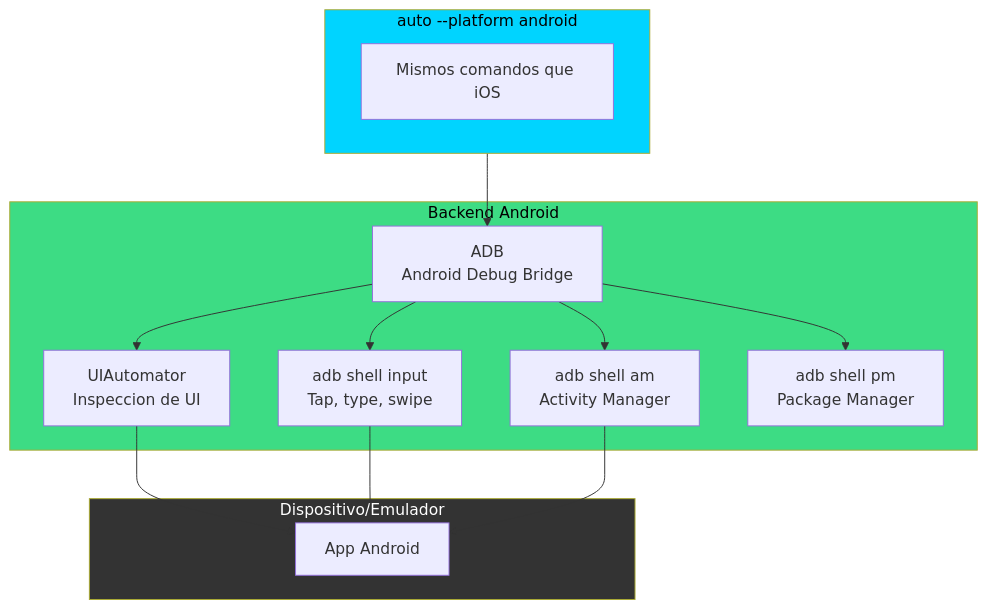
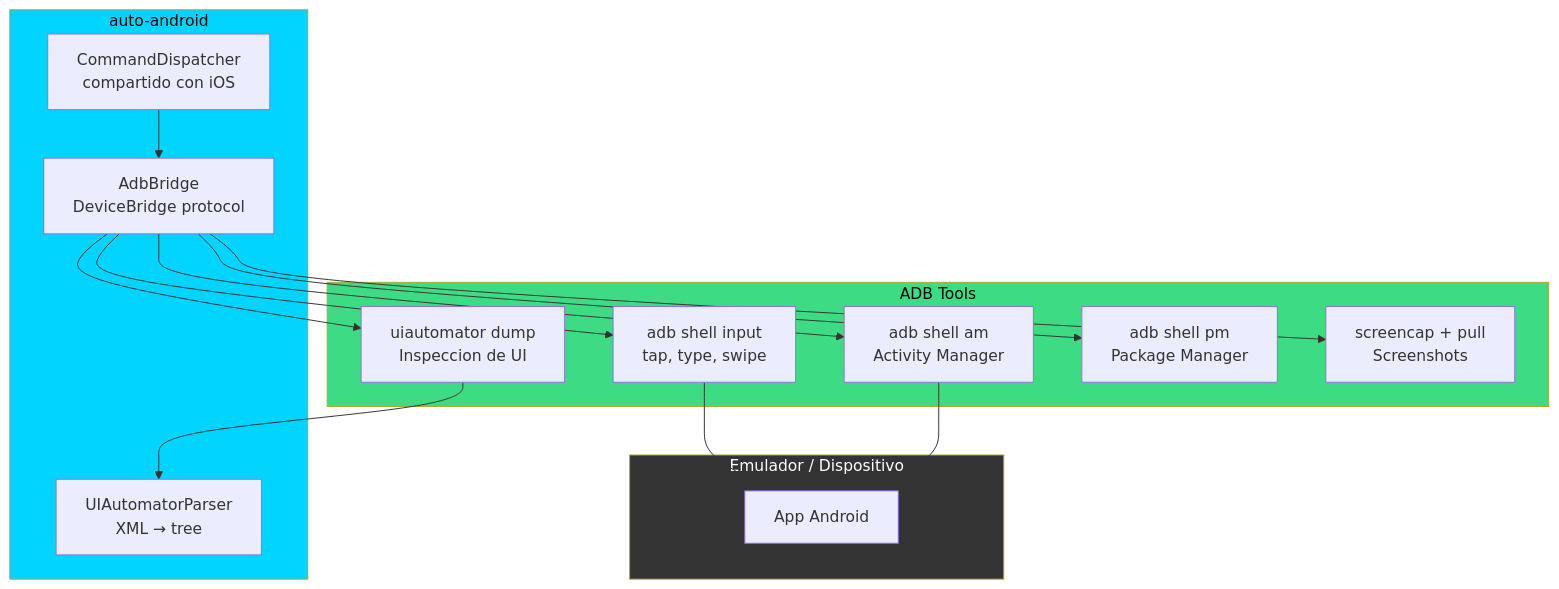
One commit to fsaldivar-dev/AutoPilot changed the diagram in docs/android/README.md. Above: the diagram before and after it, drawn with Mermaid. The commit also changed other lines of this file and 6 other files, not shown here.

First line of the commit message:
docs: documentar arquitectura multi-plataforma y Android backend

````diff
--- a/docs/android/README.md
+++ b/docs/android/README.md
@@ -7,31 +7,34 @@
 ```mermaid
 graph TB
-    subgraph CLI["auto --platform android"]
-        A[Mismos comandos que iOS]
+    subgraph CLI["auto-android"]
+        CMD[CommandDispatcher<br/>compartido con iOS]
+        BRIDGE[AdbBridge<br/>DeviceBridge protocol]
+        PARSER[UIAutomatorParser<br/>XML → tree]
     end
 
-    subgraph Backend["Backend Android"]
-        ADB["ADB<br/>Android Debug Bridge"]
-        UIA["UIAutomator<br/>Inspeccion de UI"]
-        INPUT["adb shell input<br/>Tap, type, swipe"]
+    subgraph ADB["ADB Tools"]
+        INPUT["adb shell input<br/>tap, type, swipe"]
+        UIA["uiautomator dump<br/>Inspeccion de UI"]
         AM["adb shell am<br/>Activity Manager"]
         PM["adb shell pm<br/>Package Manager"]
+        SCREEN["screencap + pull<br/>Screenshots"]
     end
 
-    subgraph Device["Dispositivo/Emulador"]
+    subgraph Device["Emulador / Dispositivo"]
         APP["App Android"]
     end
 
-    CLI --> ADB
-    ADB --> UIA
-    ADB --> INPUT
-    ADB --> AM
-    ADB --> PM
-    UIA --> APP
+    CMD --> BRIDGE
+    BRIDGE --> INPUT
+    BRIDGE --> UIA
+    BRIDGE --> AM
+    BRIDGE --> PM
+    BRIDGE --> SCREEN
+    UIA --> PARSER
     INPUT --> APP
     AM --> APP
 
     style CLI fill:#00D4FF,color:#000
-    style Backend fill:#3DDC84,color:#000
+    style ADB fill:#3DDC84,color:#000
     style Device fill:#333,color:#fff
 ```
````
